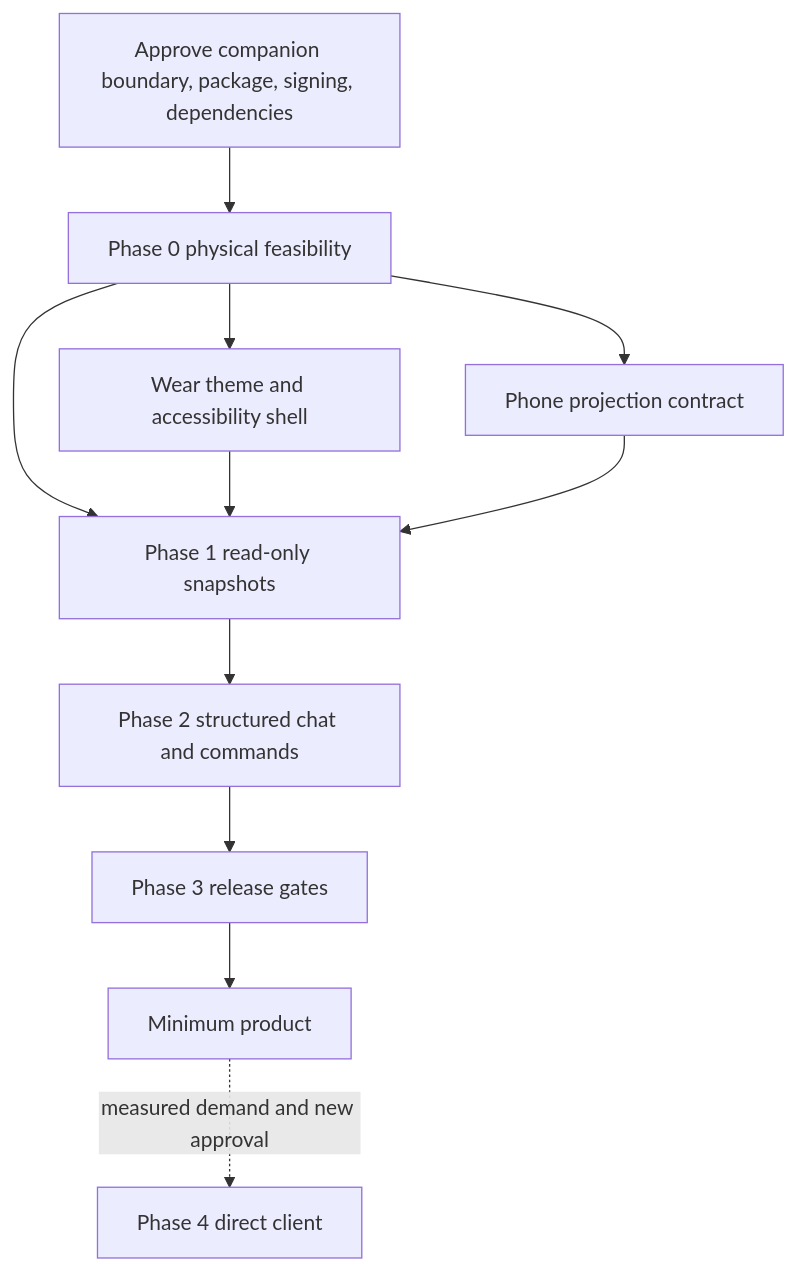
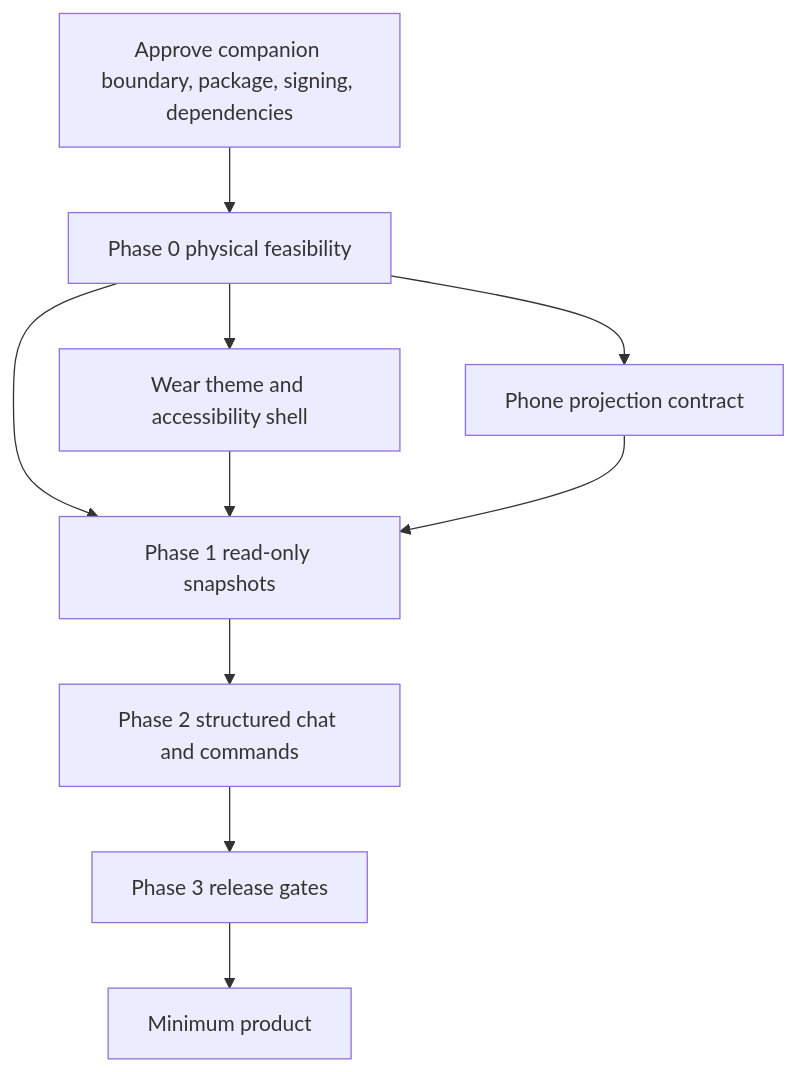
One commit to Dhi13man/orca changed the third of 3 diagrams in docs/wear-os-command-center-plan.md. Above: the diagram before and after it, drawn with Mermaid. The commit also changed other lines of this file, not shown here.

````diff
--- a/docs/wear-os-command-center-plan.md
+++ b/docs/wear-os-command-center-plan.md
@@ -802,14 +780,13 @@
 ```mermaid
 flowchart TD
   A[Approve companion boundary, package, signing, dependencies] --> B[Phase 0 physical feasibility]
   B --> C[Phase 1 read-only snapshots]
   C --> D[Phase 2 structured chat and commands]
   D --> E[Phase 3 release gates]
   E --> F[Minimum product]
-  F -. measured demand and new approval .-> G[Phase 4 direct client]
 
   B --> H[Wear theme and accessibility shell]
   H --> C
   B --> I[Phone projection contract]
   I --> C
 ```
````
